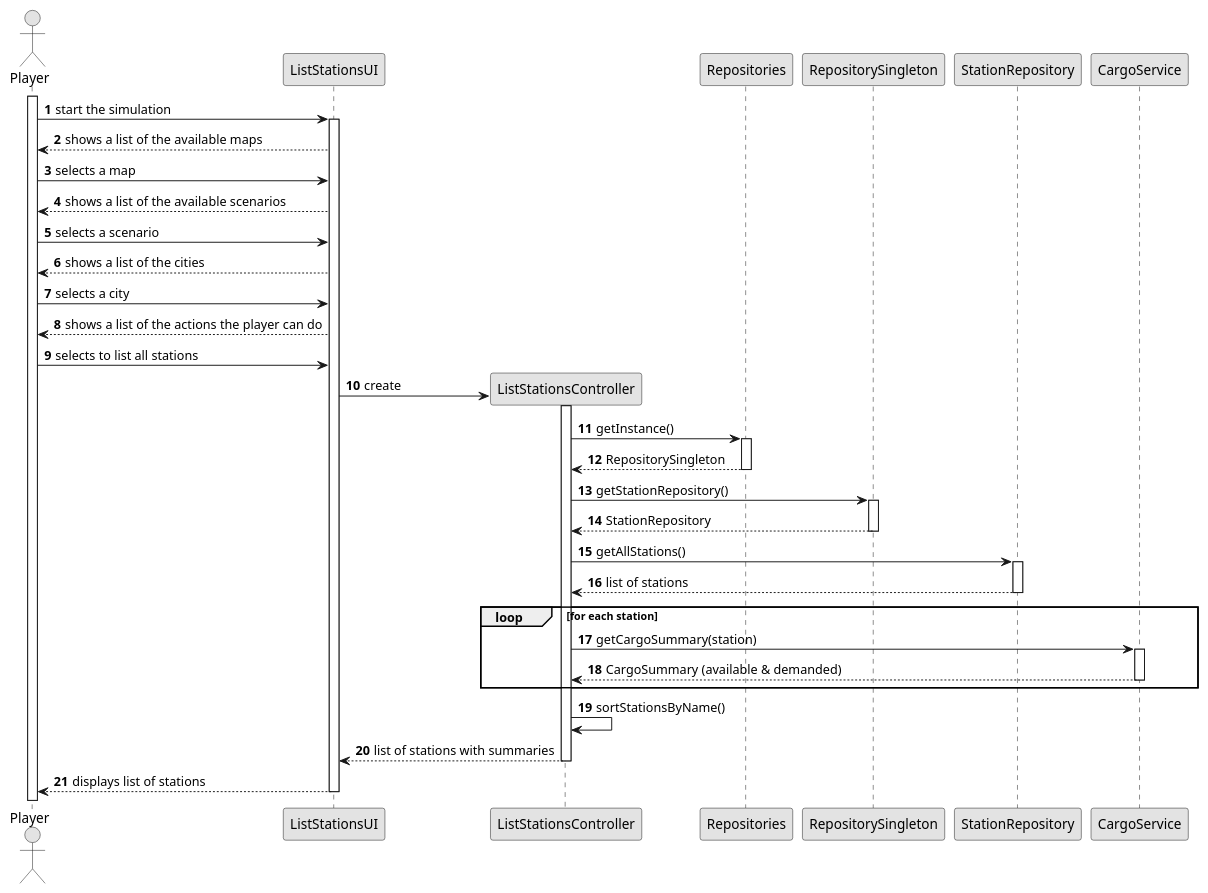
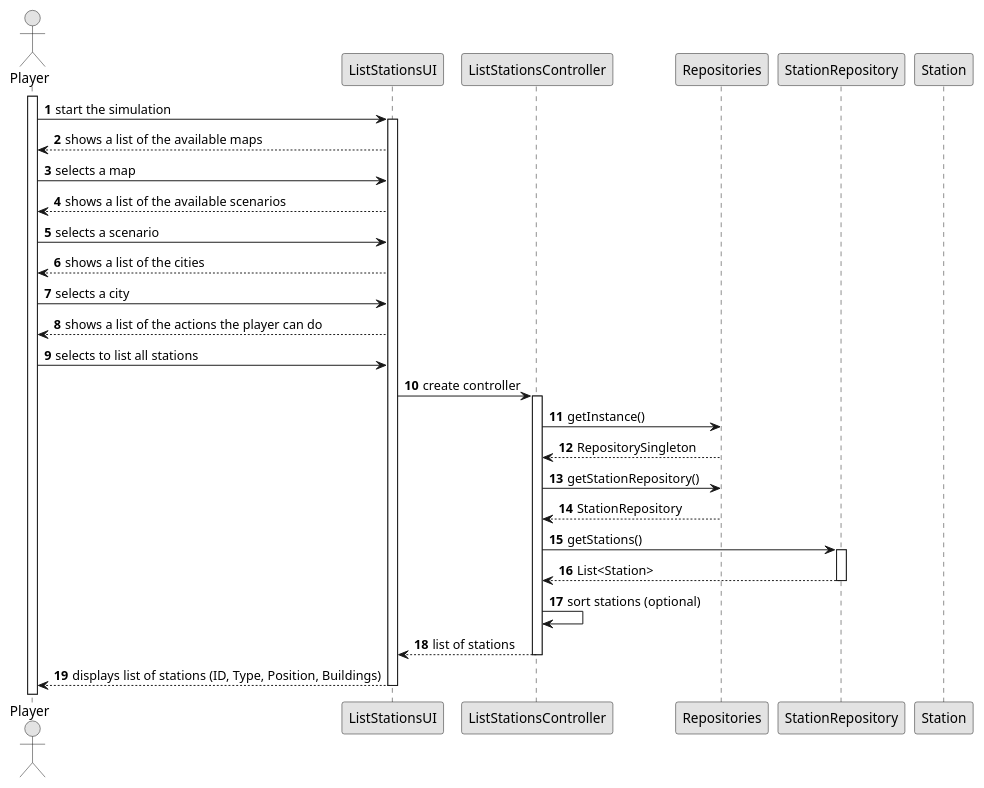
The diagram in docs/sprint2/us007/03.design/puml/us007-sequence-diagram-full.puml (ivasduarte/all-aboard), drawn with PlantUML before and after one commit.

Commit message:
US07(docs): Full diagram sequence

```diff
--- a/docs/sprint2/us007/03.design/puml/us007-sequence-diagram-full.puml
+++ b/docs/sprint2/us007/03.design/puml/us007-sequence-diagram-full.puml
@@ -1,62 +1,52 @@
 @startuml
 
 skinparam monochrome true
 skinparam packageStyle rectangle
 skinparam shadowing false
 
 autonumber
 
 actor "Player" as Player
 participant "ListStationsUI" as UI
+participant "ListStationsController" as CTRL
+participant "Repositories" as Repos
+participant "StationRepository" as StationRepo
+participant "Station" as Station
 
 activate Player
 
 Player -> UI : start the simulation
 activate UI
 
 UI --> Player : shows a list of the available maps
 Player -> UI : selects a map
 UI --> Player : shows a list of the available scenarios
 Player -> UI : selects a scenario
 UI --> Player : shows a list of the cities
 Player -> UI : selects a city
 UI --> Player : shows a list of the actions the player can do
 Player -> UI : selects to list all stations
 
-create "ListStationsController" as CTRL
-UI -> CTRL : create
+UI -> CTRL : create controller
 activate CTRL
 
-CTRL -> Repositories : getInstance()
-activate Repositories
-Repositories --> CTRL : RepositorySingleton
-deactivate Repositories
+CTRL -> Repos : getInstance()
+Repos --> CTRL : RepositorySingleton
 
-CTRL -> RepositorySingleton : getStationRepository()
-activate RepositorySingleton
-RepositorySingleton --> CTRL : StationRepository
-deactivate RepositorySingleton
+CTRL -> Repos : getStationRepository()
+Repos --> CTRL : StationRepository
 
-participant "StationRepository" as Station_REPO
-CTRL -> Station_REPO : getAllStations()
-activate Station_REPO
-Station_REPO --> CTRL : list of stations
-deactivate Station_REPO
+CTRL -> StationRepo : getStations()
+activate StationRepo
+StationRepo --> CTRL : List<Station>
+deactivate StationRepo
 
-participant "CargoService" as CargoService
-loop for each station
-    CTRL -> CargoService : getCargoSummary(station)
-    activate CargoService
-    CargoService --> CTRL : CargoSummary (available & demanded)
-    deactivate CargoService
-end loop
+CTRL -> CTRL : sort stations (optional)
 
-CTRL -> CTRL : sortStationsByName()
-
-CTRL --> UI : list of stations with summaries
+CTRL --> UI : list of stations
 deactivate CTRL
 
-UI --> Player : displays list of stations
+UI --> Player : displays list of stations (ID, Type, Position, Buildings)
 deactivate UI
 
 @enduml
```
